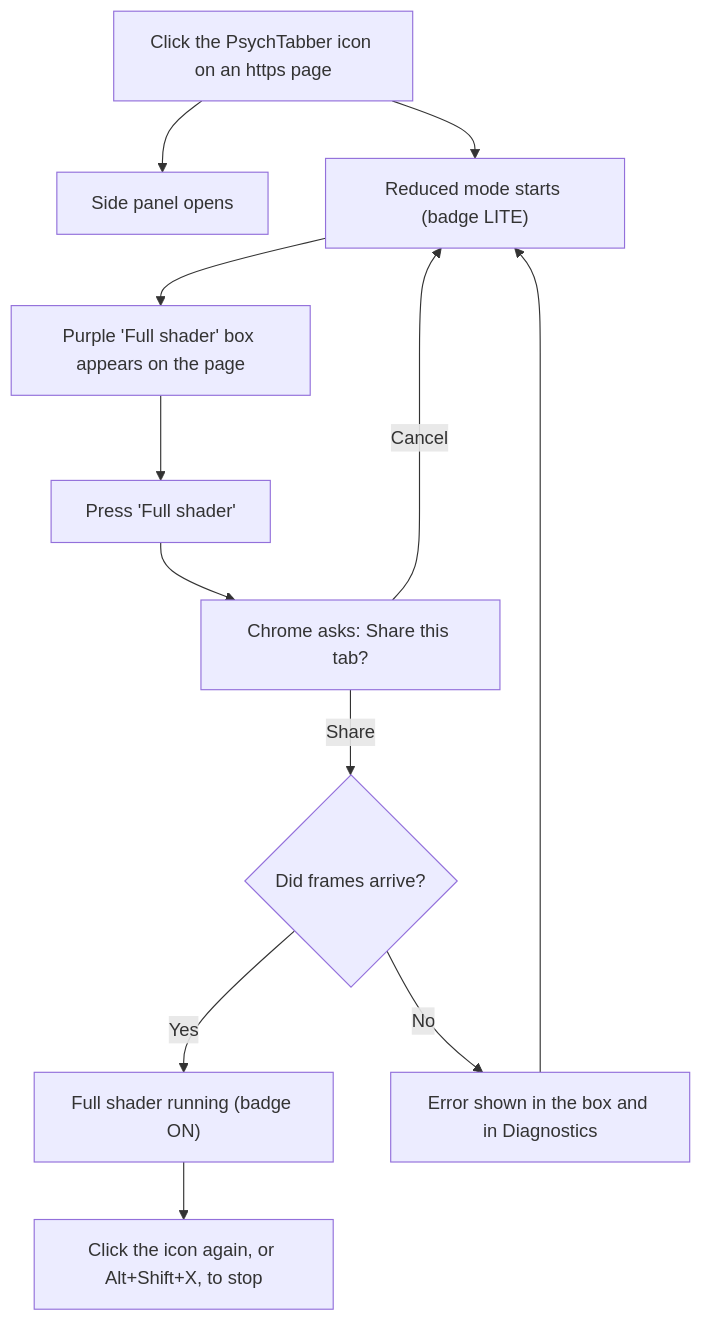
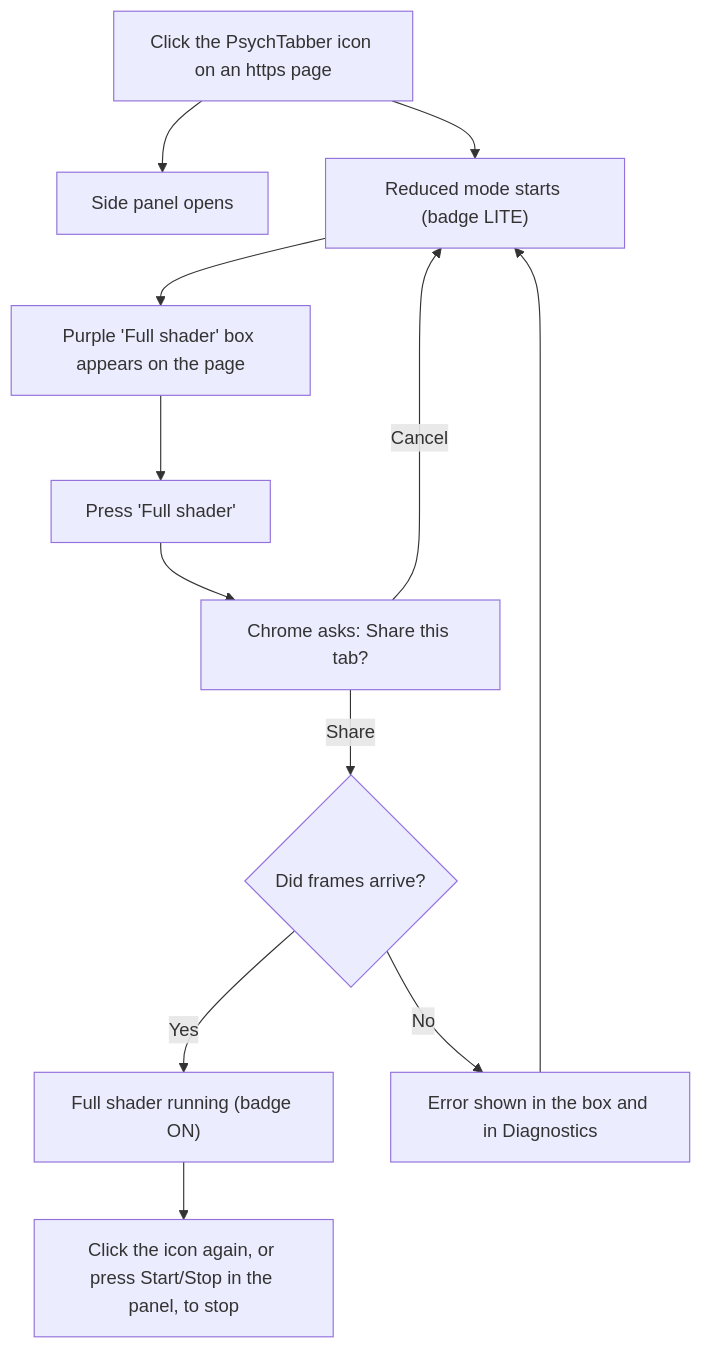
One commit to c00lid3as123/PsychTabber changed the first of 4 diagrams in docs/GUIDE.md. Above: the diagram before and after it, drawn with Mermaid. The commit also changed other lines of this file and 15 other files, not shown here.

````diff
--- a/docs/GUIDE.md
+++ b/docs/GUIDE.md
@@ -22,14 +22,14 @@
 ```mermaid
 flowchart TD
     A["Click the PsychTabber icon on an https page"] --> B["Side panel opens"]
     A --> C["Reduced mode starts (badge LITE)"]
     C --> D["Purple 'Full shader' box appears on the page"]
     D --> E["Press 'Full shader'"]
     E --> F["Chrome asks: Share this tab?"]
     F -->|Share| G{"Did frames arrive?"}
     F -->|Cancel| C
     G -->|Yes| H["Full shader running (badge ON)"]
     G -->|No| I["Error shown in the box and in Diagnostics"]
     I --> C
-    H --> J["Click the icon again, or Alt+Shift+X, to stop"]
+    H --> J["Click the icon again, or press Start/Stop in the panel, to stop"]
 ```
````
